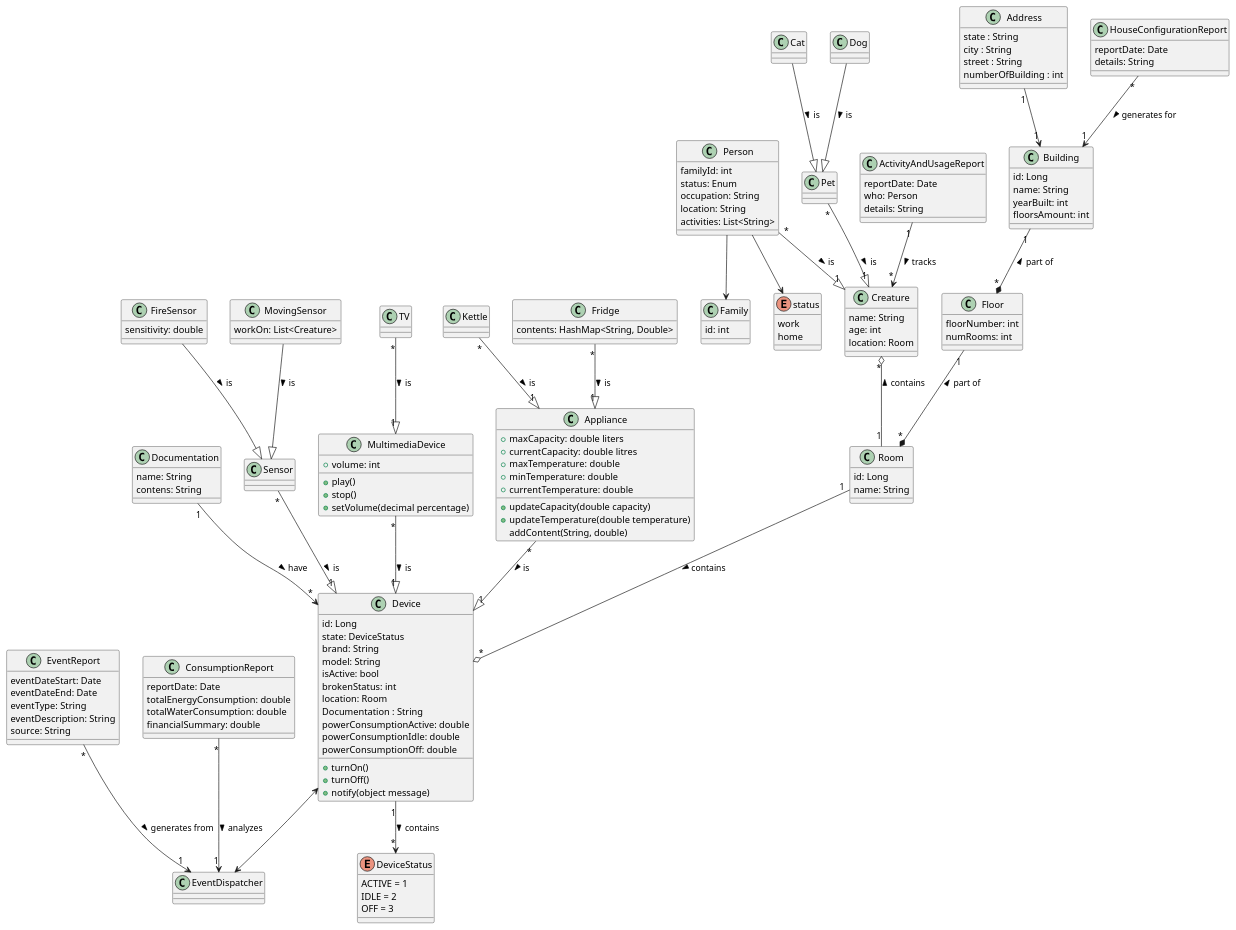
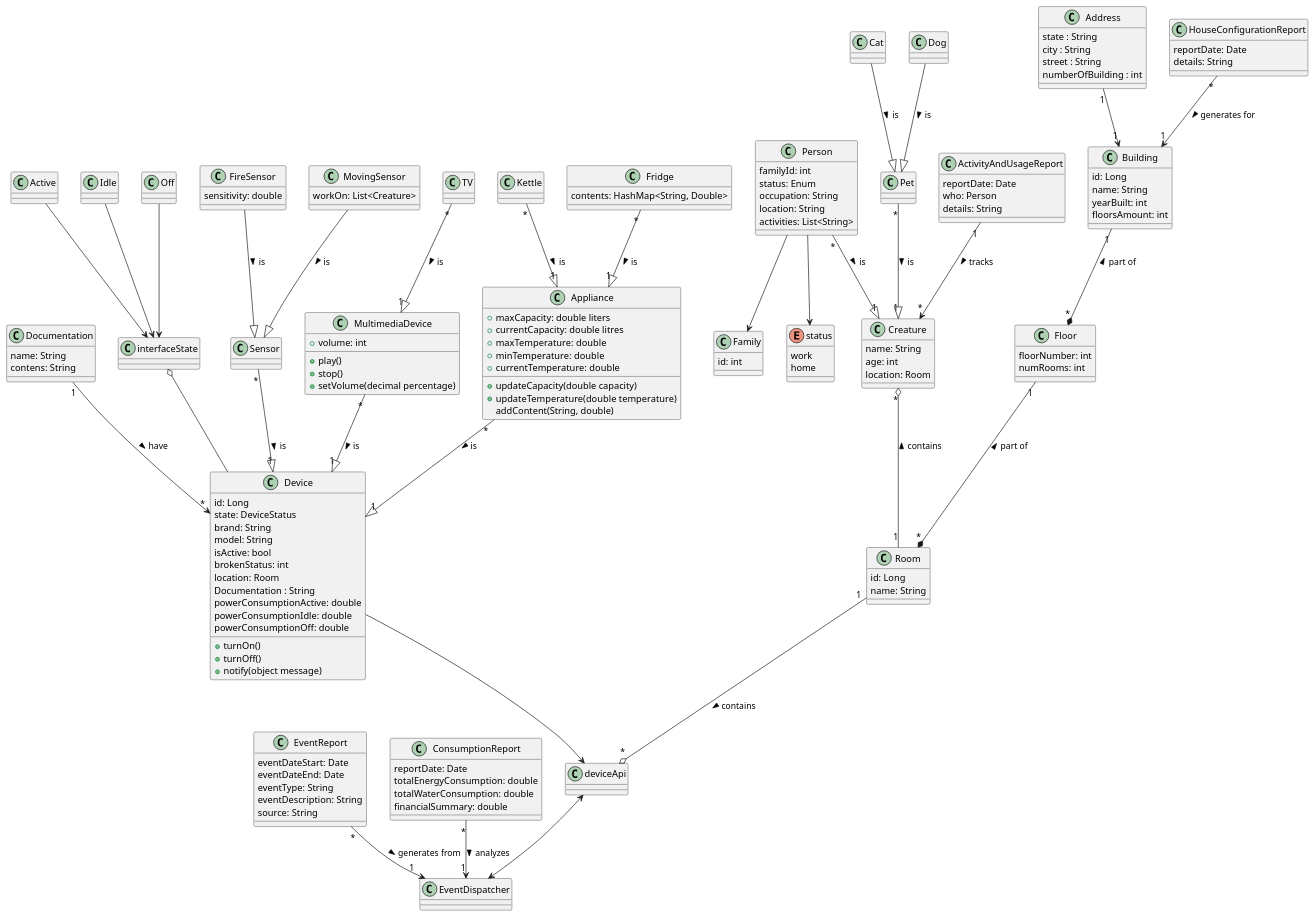
One commit to ofgot/SmartHome changed the diagram in docs/diagram.puml. Above: the diagram before and after it, drawn with PlantUML.

Commit message:
feat(docs): update diagram

```diff
--- a/docs/diagram.puml
+++ b/docs/diagram.puml
@@ -31,6 +31,7 @@
 }
 
 class "Device" as de {
+
     id: Long
     state: DeviceStatus
     brand: String
@@ -47,13 +48,21 @@
     +notify(object message)
 }
 
+class deviceApi {
 
+}
 
-enum "DeviceStatus" as ds {
-    ACTIVE = 1
-    IDLE = 2
-    OFF = 3
+class interfaceState{
+
 }
+
+class Active{}
+class Idle{}
+class Off{}
+
+Active --> interfaceState
+Idle --> interfaceState
+Off --> interfaceState
 
 class "Sensor" as se {
 
@@ -161,7 +170,7 @@
 EventReport "*" --> "1" EventDispatcher : generates from >
 ActivityAndUsageReport "1" --> "*" cret : tracks >
 ConsumptionReport "*" --> "1" EventDispatcher : analyzes >
-de <--> EventDispatcher
+deviceApi <--> EventDispatcher
 
 cret "*" o-- "1" ro : contains <
 
@@ -176,12 +185,15 @@
 
 fl "1" --* "*" ro : part of <
 
-ro "1" --o "*" de : contains >
+de --> deviceApi
+
+ro "1" --o "*" deviceApi : contains >
 Documentation "1" --> "*" de : have >
-de "1" --> "*" ds : contains >
 
 md "*" --|> "1" de : is >
 ad "*" --|> "1" de : is >
+
+interfaceState o-- de
 
 tv "*" --|> "1" md : is >
 ket "*" --|> "1" ad : is >
```
